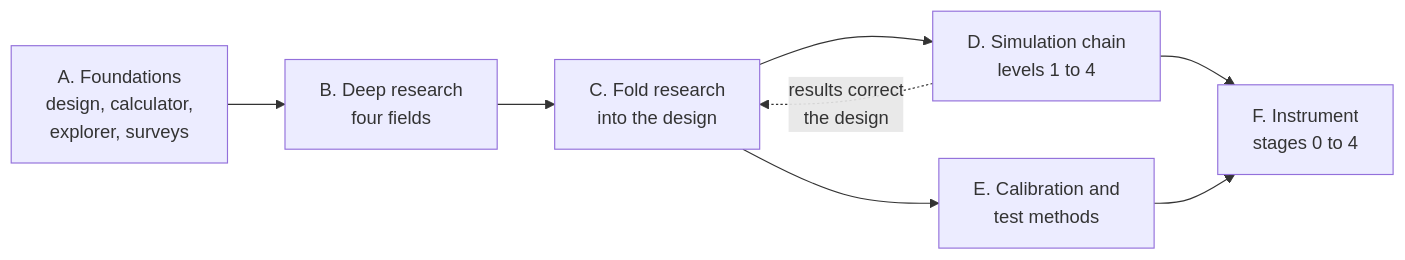
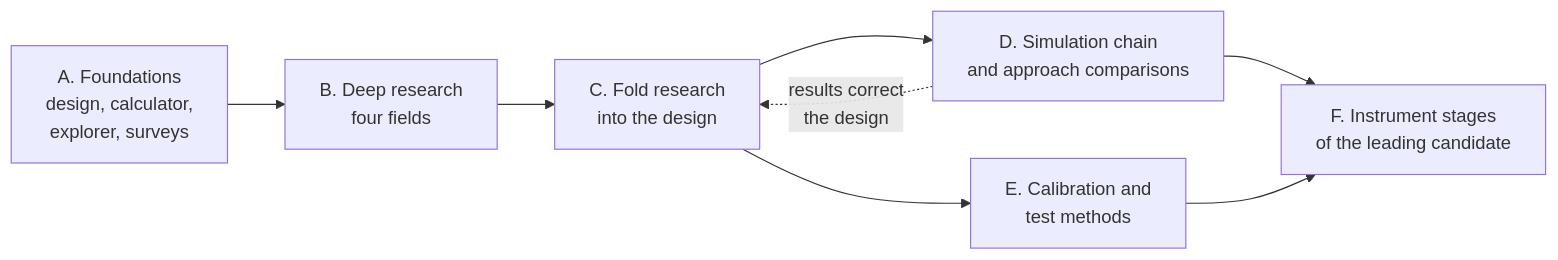
The diagram in docs/plan.md (mithro/ccd-superres), drawn with Mermaid before and after one commit. The commit also changed other lines of this file and 2 other files, not shown here.

First line of the commit message:
Make the design and plan approach-neutral, with approach comparison as a deliverable

````diff
--- a/docs/plan.md
+++ b/docs/plan.md
@@ -18,12 +25,12 @@
 ```mermaid
 flowchart LR
     A["A. Foundations<br/>design, calculator,<br/>explorer, surveys"]
     B["B. Deep research<br/>four fields"]
     C["C. Fold research<br/>into the design"]
-    D["D. Simulation chain<br/>levels 1 to 4"]
+    D["D. Simulation chain<br/>and approach comparisons"]
     E["E. Calibration and<br/>test methods"]
-    F["F. Instrument<br/>stages 0 to 4"]
+    F["F. Instrument stages<br/>of the leading candidate"]
     A --> B --> C --> D --> F
     C --> E --> F
     D -.->|"results correct<br/>the design"| C
 ```
````
